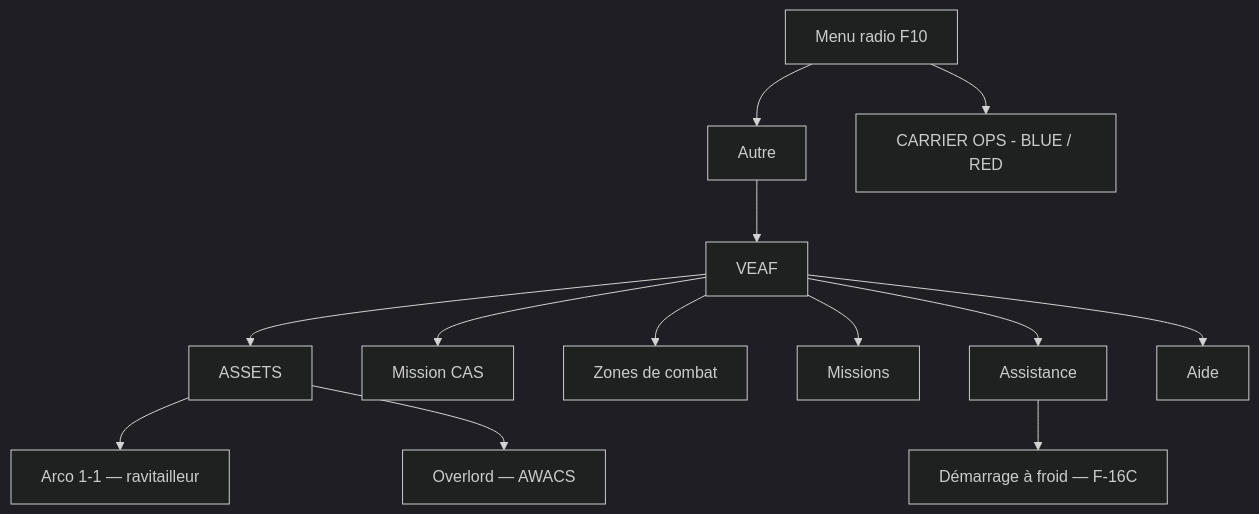
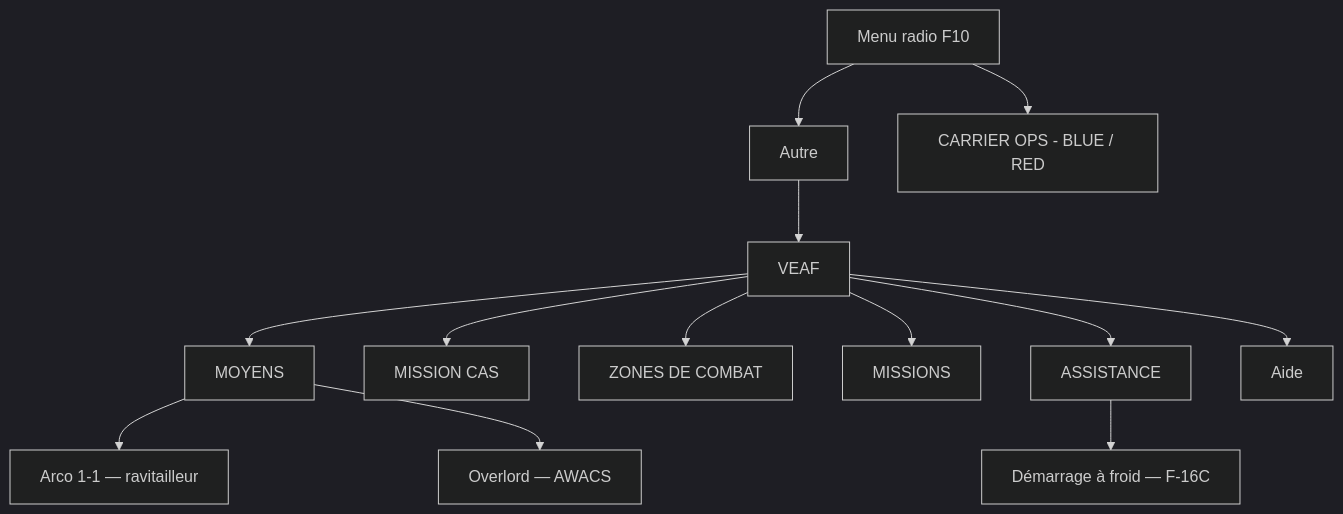
The diagram in doc/pilot/GUIDE.md (VEAF/VEAF-Mission-Creation-Tools), drawn with Mermaid (dark theme) before and after one commit. The commit also changed other lines of this file and 8 other files, not shown here.

````diff
--- a/doc/pilot/GUIDE.md
+++ b/doc/pilot/GUIDE.md
@@ -52,14 +52,14 @@
 ```mermaid
 graph TD
     F10[Menu radio F10] --> Autre[Autre] --> VEAF[VEAF]
-    VEAF --> Res[ASSETS]
-    VEAF --> CAS[Mission CAS]
-    VEAF --> CZ[Zones de combat]
-    VEAF --> Miss[Missions]
-    VEAF --> Assist[Assistance]
+    VEAF --> Res[MOYENS]
+    VEAF --> CAS[MISSION CAS]
+    VEAF --> CZ[ZONES DE COMBAT]
+    VEAF --> Miss[MISSIONS]
+    VEAF --> Assist[ASSISTANCE]
     VEAF --> Aide[Aide]
     Assist --> AS1["Démarrage à froid — F-16C"]
     Res --> A1["Arco 1-1 — ravitailleur"]
     Res --> A2["Overlord — AWACS"]
     F10 --> Carrier["CARRIER OPS - BLUE / RED"]
 ```
````
